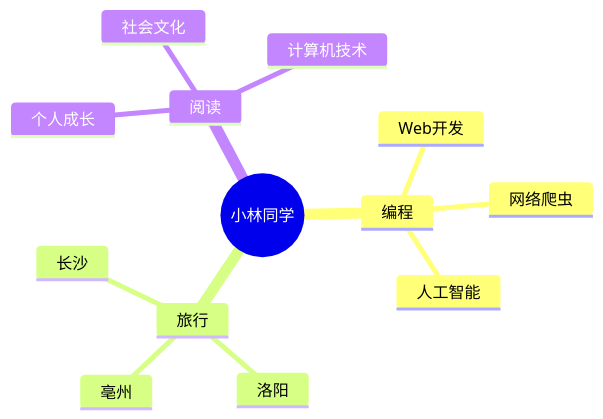
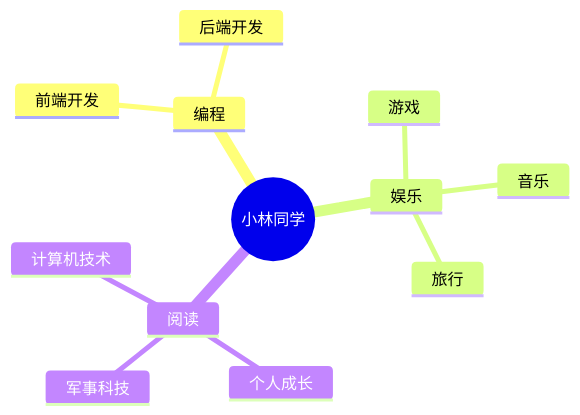
Before and after one commit to codexlin/CodexLin: the diagram in README.md, drawn with Mermaid. The commit also changed other lines of this file, not shown here.

````diff
--- a/README.md
+++ b/README.md
@@ -151,16 +85,15 @@
 ```mermaid
 mindmap
   root((小林同学))
     编程
-      Web开发
-      网络爬虫
-      人工智能
-    旅行
-      长沙
-      洛阳
-      亳州
+      前端开发
+      后端开发
+    娱乐
+      音乐
+      游戏
+      旅行
     阅读
       个人成长
-      社会文化
+      军事科技
       计算机技术
 ```
````
